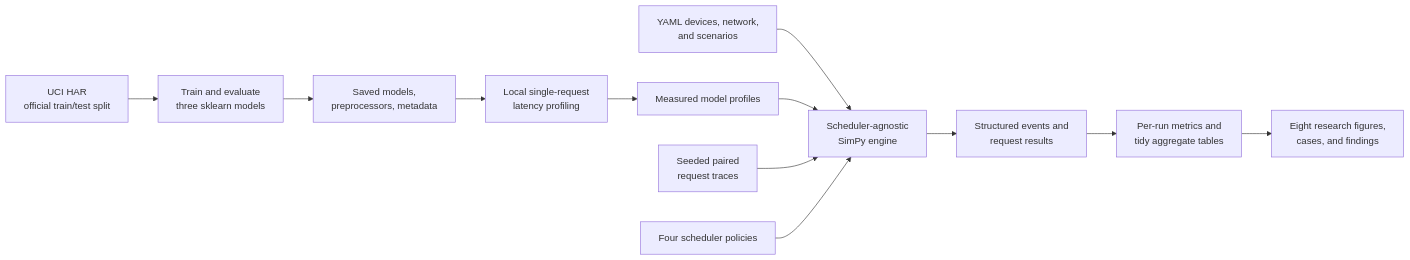
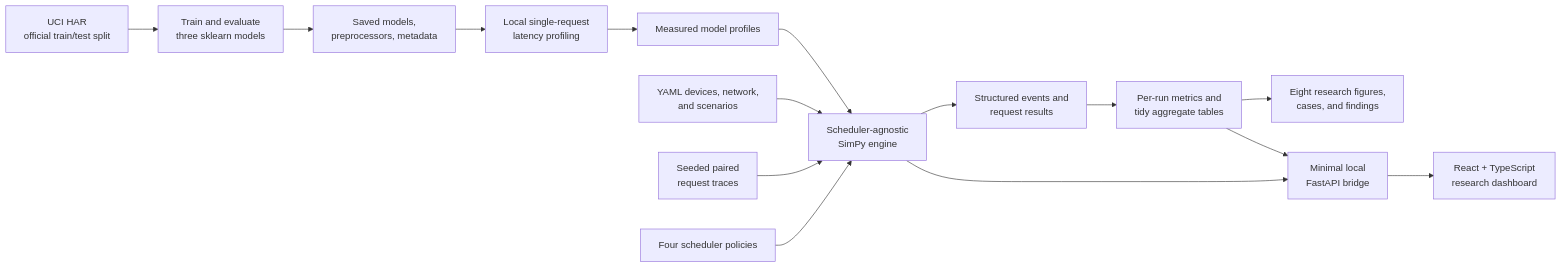
The diagram in README.md (alizeeshan-dev/EdgeWeaver), drawn with Mermaid before and after one commit. The commit also changed other lines of this file and 44 other files, not shown here.

````diff
--- a/README.md
+++ b/README.md
@@ -15,14 +15,17 @@
 ```mermaid
 flowchart LR
     DATA["UCI HAR<br/>official train/test split"] --> TRAIN["Train and evaluate<br/>three sklearn models"]
     TRAIN --> ARTIFACTS["Saved models,<br/>preprocessors, metadata"]
     ARTIFACTS --> PROFILE["Local single-request<br/>latency profiling"]
     PROFILE --> PROFILES["Measured model profiles"]
     CONFIG["YAML devices, network,<br/>and scenarios"] --> SIM["Scheduler-agnostic<br/>SimPy engine"]
     PROFILES --> SIM
     TRACE["Seeded paired<br/>request traces"] --> SIM
     SCHED["Four scheduler policies"] --> SIM
     SIM --> EVENTS["Structured events and<br/>request results"]
     EVENTS --> METRICS["Per-run metrics and<br/>tidy aggregate tables"]
     METRICS --> FIGURES["Eight research figures,<br/>cases, and findings"]
+    SIM --> API["Minimal local<br/>FastAPI bridge"]
+    METRICS --> API
+    API --> UI["React + TypeScript<br/>research dashboard"]
 ```
````
